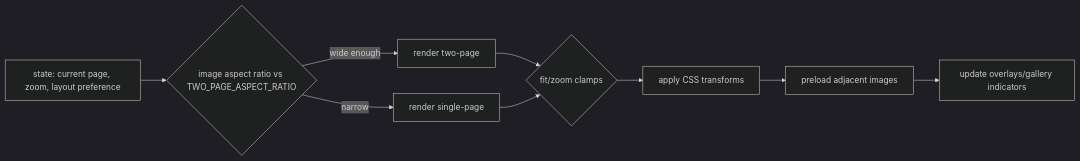
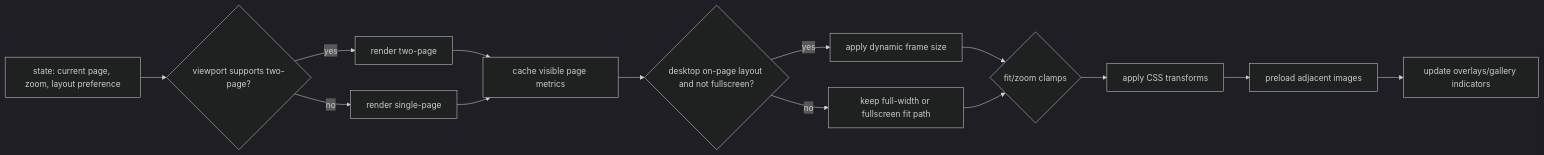
Before and after one commit to bwondercomics/BWondercomics: the second of 2 diagrams in docs/reader-overview.md, drawn with Mermaid (dark theme). The commit also changed other lines of this file and 12 other files, not shown here.

Commit message:
Make reader frame fit varying page shapes

````diff
--- a/docs/reader-overview.md
+++ b/docs/reader-overview.md
@@ -47,12 +48,17 @@
 ```mermaid
 flowchart LR
   S[state: current page, zoom, layout preference]
-  S --> Q{image aspect ratio vs TWO_PAGE_ASPECT_RATIO}
-  Q -- wide enough --> TP[render two-page]
-  Q -- narrow --> SP[render single-page]
-  TP --> Z{fit/zoom clamps}
-  SP --> Z
+  S --> Q{viewport supports two-page?}
+  Q -- yes --> TP[render two-page]
+  Q -- no --> SP[render single-page]
+  TP --> M[cache visible page metrics]
+  SP --> M
+  M --> F{desktop on-page layout and not fullscreen?}
+  F -- yes --> D[apply dynamic frame size]
+  F -- no --> W[keep full-width or fullscreen fit path]
+  D --> Z{fit/zoom clamps}
+  W --> Z
   Z --> P[apply CSS transforms]
   P --> L[preload adjacent images]
   L --> O[update overlays/gallery indicators]
 ```
````
